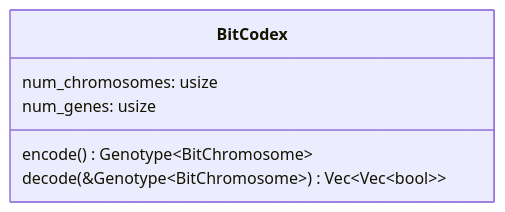
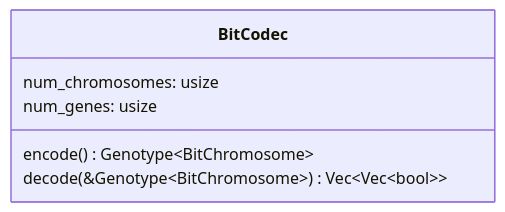
One commit to pkalivas/radiate changed the first of 6 diagrams in docs/source/codex.md. Above: the diagram before and after it, drawn with Mermaid. The commit also changed other lines of this file and 58 other files, not shown here.

````diff
--- a/docs/source/codex.md
+++ b/docs/source/codex.md
@@ -32,10 +25,10 @@
         ```mermaid
         classDiagram 
-            class BitCodex {
+            class BitCodec {
                 num_chromosomes: usize
                 num_genes: usize
                 
                 encode() Genotype~BitChromosome~
                 decode(&Genotype~BitChromosome~) Vec~Vec~bool~~
             }
         ```
````
